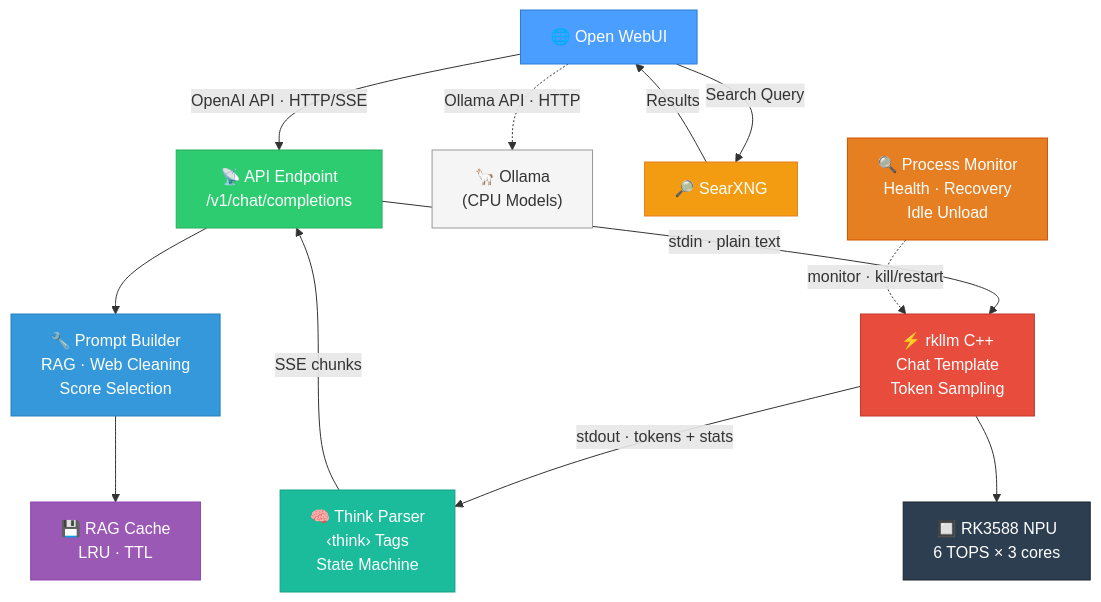
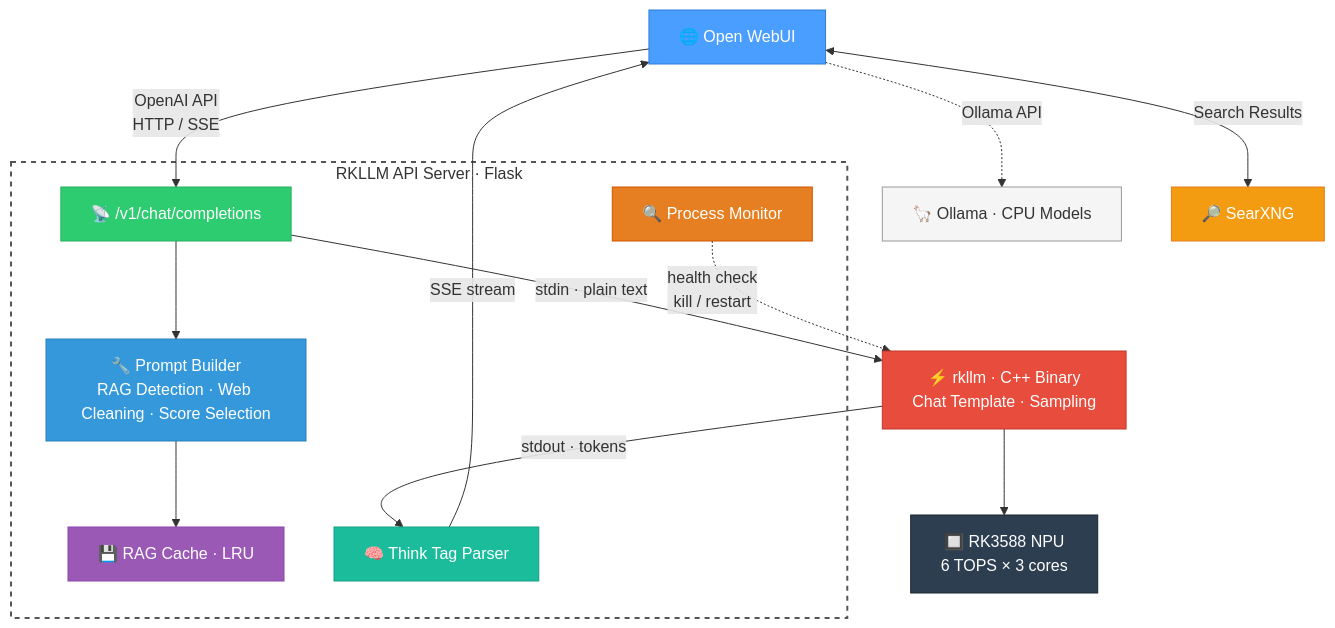
Before and after one commit to GatekeeperZA/RKLLM-API-Server: the diagram in README.md, drawn with Mermaid.

Commit message:
docs: redesign architecture diagram with grouped server internals and clearer flow

````diff
--- a/README.md
+++ b/README.md
@@ -84,29 +84,36 @@
 ```mermaid
 graph TD
-    OW["🌐 Open WebUI"] -- "OpenAI API · HTTP/SSE" --> API
-    OW -. "Ollama API · HTTP" .-> OL["🦙 Ollama<br/>(CPU Models)"]
-    OW -- "Search Query" --> SX["🔎 SearXNG"]
-    SX -- "Results" --> OW
+    OW["🌐 Open WebUI"]
 
-    API["📡 API Endpoint<br/>/v1/chat/completions"] --> BP["🔧 Prompt Builder<br/>RAG · Web Cleaning<br/>Score Selection"]
-    BP --> RC["💾 RAG Cache<br/>LRU · TTL"]
+    OW -- "OpenAI API<br/>HTTP / SSE" --> API
+    OW -. "Ollama API" .-> OL["🦙 Ollama · CPU Models"]
+    OW <-- "Search Results" --> SX["🔎 SearXNG"]
 
-    API -- "stdin · plain text" --> RKLLM["⚡ rkllm C++<br/>Chat Template<br/>Token Sampling"]
-    RKLLM -- "stdout · tokens + stats" --> TP["🧠 Think Parser<br/>‹think› Tags<br/>State Machine"]
-    TP -- "SSE chunks" --> API
+    subgraph server [" RKLLM API Server · Flask "]
+        API["📡 /v1/chat/completions"]
+        BP["🔧 Prompt Builder<br/>RAG Detection · Web Cleaning · Score Selection"]
+        RC["💾 RAG Cache · LRU"]
+        TP["🧠 Think Tag Parser"]
+        PM["🔍 Process Monitor"]
+        API --> BP --> RC
+    end
 
-    RKLLM --> NPU["🔲 RK3588 NPU<br/>6 TOPS × 3 cores"]
+    API -- "stdin · plain text" --> RKLLM
+    RKLLM -- "stdout · tokens" --> TP
+    TP -- "SSE stream" --> OW
+    PM -. "health check<br/>kill / restart" .-> RKLLM
 
-    PM["🔍 Process Monitor<br/>Health · Recovery<br/>Idle Unload"] -. "monitor · kill/restart" .-> RKLLM
+    RKLLM["⚡ rkllm · C++ Binary<br/>Chat Template · Sampling"] --> NPU["🔲 RK3588 NPU<br/>6 TOPS × 3 cores"]
 
     style OW fill:#4a9eff,stroke:#2d7cd4,color:#fff
     style OL fill:#f5f5f5,stroke:#999,color:#333
     style API fill:#2ecc71,stroke:#27ae60,color:#fff
     style BP fill:#3498db,stroke:#2980b9,color:#fff
-    style PM fill:#e67e22,stroke:#d35400,color:#fff
     style RC fill:#9b59b6,stroke:#8e44ad,color:#fff
     style TP fill:#1abc9c,stroke:#16a085,color:#fff
+    style PM fill:#e67e22,stroke:#d35400,color:#fff
     style RKLLM fill:#e74c3c,stroke:#c0392b,color:#fff
     style NPU fill:#2c3e50,stroke:#1a252f,color:#fff
     style SX fill:#f39c12,stroke:#e67e22,color:#fff
+    style server fill:none,stroke:#555,stroke-width:2px,stroke-dasharray:5 5
 ```
````
